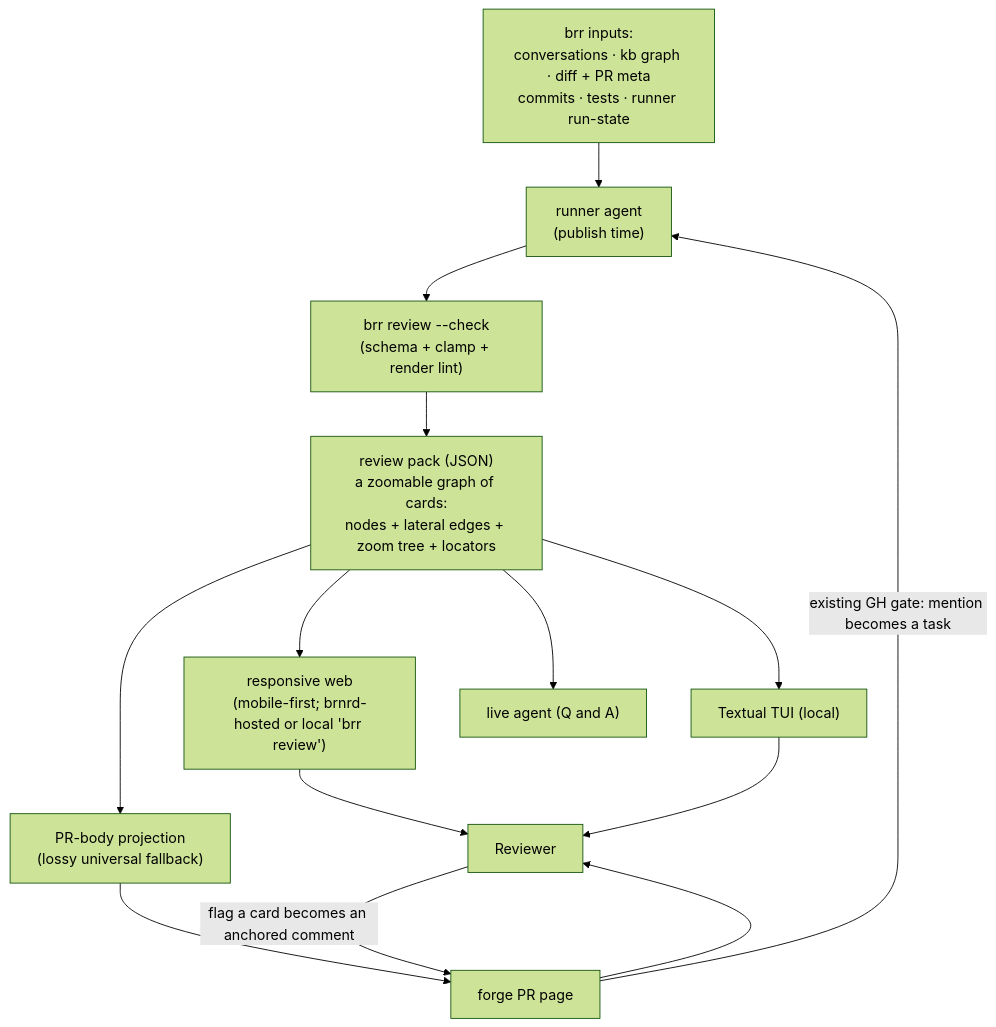
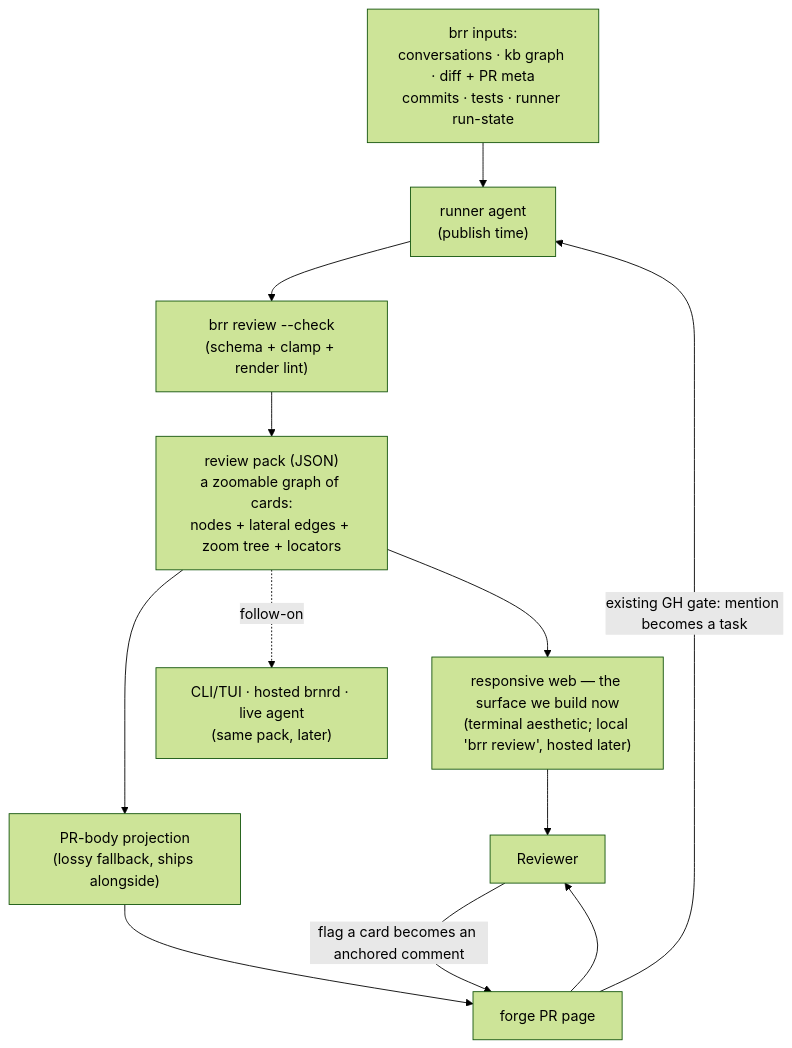
One commit to hugimuni-labs/brnrd changed the first of 2 diagrams in kb/design-diffense.md. Above: the diagram before and after it, drawn with Mermaid (forest theme). The commit also changed other lines of this file and 2 other files, not shown here.

First line of the commit message:
design: diffense pass 7 — drop near-term TUI, lock web-first

````diff
--- a/kb/design-diffense.md
+++ b/kb/design-diffense.md
@@ -175,16 +176,14 @@
 ```mermaid
 flowchart TD
     Inputs["brr inputs:<br/>conversations · kb graph · diff + PR meta<br/>commits · tests · runner run-state"] --> Runner["runner agent<br/>(publish time)"]
     Runner --> Validate["brr review --check<br/>(schema + clamp + render lint)"]
     Validate --> Pack["review pack (JSON)<br/>a zoomable graph of cards:<br/>nodes + lateral edges + zoom tree + locators"]
-    Pack --> Web["responsive web<br/>(mobile-first; brnrd-hosted or local 'brr review')"]
-    Pack --> TUI["Textual TUI (local)"]
-    Pack --> Body["PR-body projection<br/>(lossy universal fallback)"]
-    Pack --> Live["live agent (Q and A)"]
+    Pack --> Web["responsive web — the surface we build now<br/>(terminal aesthetic; local 'brr review', hosted later)"]
+    Pack --> Body["PR-body projection<br/>(lossy fallback, ships alongside)"]
+    Pack -. follow-on .-> Later["CLI/TUI · hosted brnrd · live agent<br/>(same pack, later)"]
     Web --> Reviewer
-    TUI --> Reviewer
     Body --> Forge["forge PR page"]
     Forge --> Reviewer
     Reviewer -->|"flag a card becomes an anchored comment"| Forge
     Forge -->|"existing GH gate: mention becomes a task"| Runner
 ```
````
